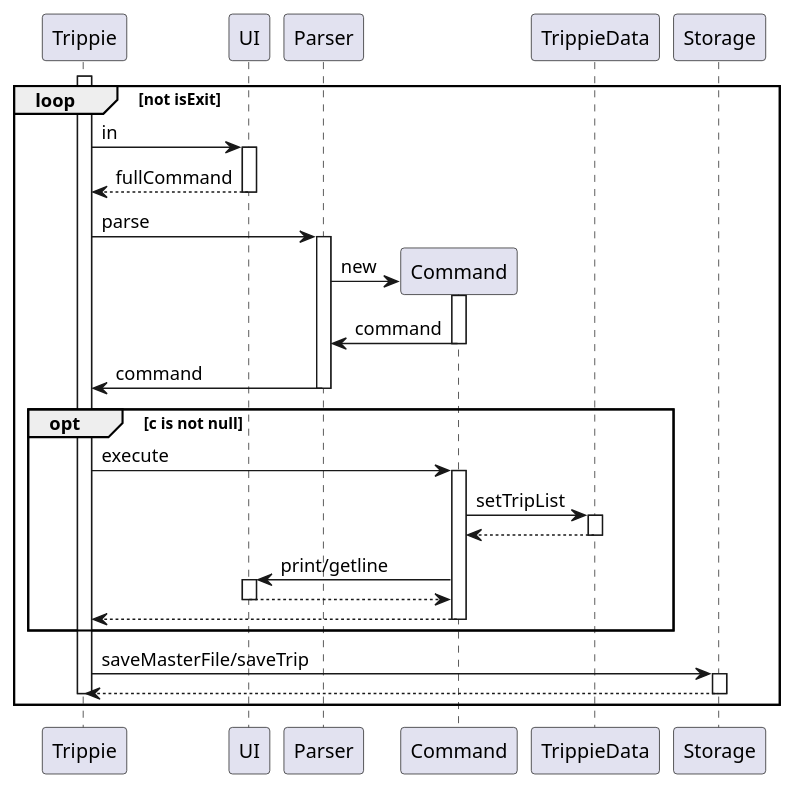
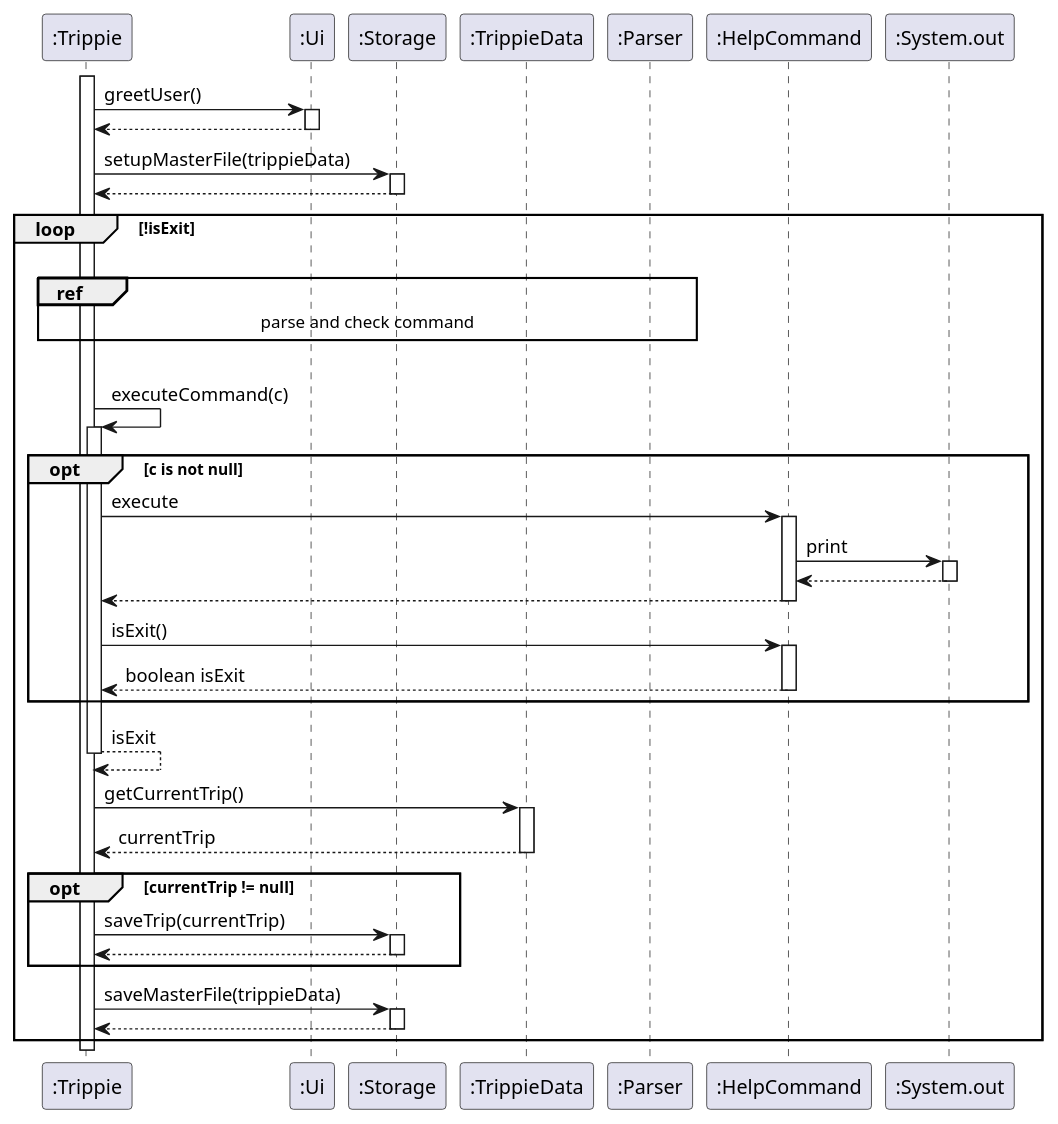
Before and after one commit to weishuangtan/tp: the diagram in docs/diagrams/CommandExecutionSequence.puml, drawn with PlantUML. The commit also changed 7 other files, not shown here.

Commit message:
Upload UML Diagrams

```diff
--- a/docs/diagrams/CommandExecutionSequence.puml
+++ b/docs/diagrams/CommandExecutionSequence.puml
@@ -1,54 +1,74 @@
 @startuml
-activate Trippie
+activate ":Trippie"
 
-loop not isExit
-    Trippie -> UI: in
-    activate UI
+":Trippie" -> ":Ui" : greetUser()
+activate ":Ui"
+":Ui" --> ":Trippie"
+deactivate ":Ui"
 
-    UI --> Trippie: fullCommand
-    deactivate UI
+":Trippie" -> ":Storage" : setupMasterFile(trippieData)
+activate ":Storage"
+":Storage" --> ":Trippie"
+deactivate ":Storage"
 
+loop !isExit
 
-    Trippie -> Parser: parse
-    activate Parser
+    |||
+    ref over ":Trippie", ":TrippieData", ":Parser", ":Ui" : parse and check command
 
-    create Command
-    Parser -> Command: new
-    activate Command
-    Command -> Parser: command
-    deactivate Command
-
-    Parser -> Trippie: command
-    deactivate Parser
+    |||
+    ":Trippie" -> ":Trippie":executeCommand(c)
+    activate ":Trippie"
 
     opt c is not null
 
-        Trippie -> Command: execute
-        activate Command
+        ":Trippie" -> ":HelpCommand": execute
+        activate ":HelpCommand"
 
-        Command -> TrippieData:setTripList
-        activate TrippieData
-        TrippieData --> Command
-        deactivate TrippieData
+        ":HelpCommand" -> ":System.out":print
+        activate ":System.out"
+        ":System.out" --> ":HelpCommand"
+        deactivate ":System.out"
 
-        Command -> UI: print/getline
-        activate UI
-        UI --> Command
-        deactivate UI
+        ":HelpCommand" --> ":Trippie"
+        deactivate ":HelpCommand"
 
-        Command --> Trippie
-        deactivate Command
+        ":Trippie" -> ":HelpCommand": isExit()
+        activate ":HelpCommand"
+        ":HelpCommand" --> ":Trippie": boolean isExit
+        deactivate ":HelpCommand"
 
     end
 
-    Trippie -> Storage:saveMasterFile/saveTrip
-    activate Storage
-
-    Storage --> Trippie
-    deactivate Storage
+    ":Trippie" --> ":Trippie": isExit
+    deactivate ":Trippie"
 
 
-    deactivate Trippie
+    ":Trippie" -> ":TrippieData" : getCurrentTrip()
+    activate ":TrippieData"
+    ":TrippieData" --> ":Trippie" : currentTrip
+    deactivate ":TrippieData"
+
+    opt currentTrip != null
+
+
+
+    deactivate ":TrippieData"
+    ":Trippie" -> ":Storage":saveTrip(currentTrip)
+    activate ":Storage"
+
+    ":Storage" --> ":Trippie"
+    deactivate ":Storage"
+    end
+
+    deactivate ":TrippieData"
+    ":Trippie" -> ":Storage":saveMasterFile(trippieData)
+    activate ":Storage"
+
+    ":Storage" --> ":Trippie"
+    deactivate ":Storage"
+
 end
+deactivate ":Trippie"
 
 @enduml
```
